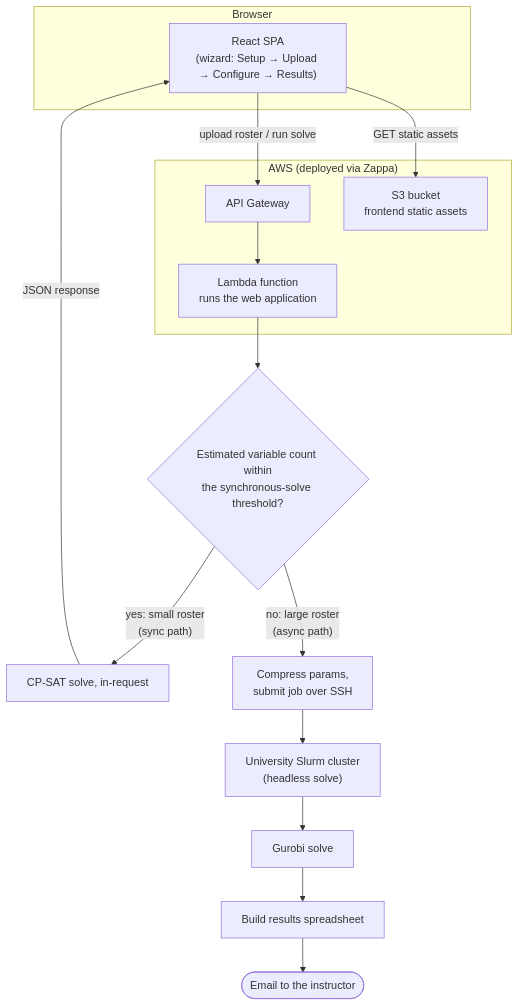
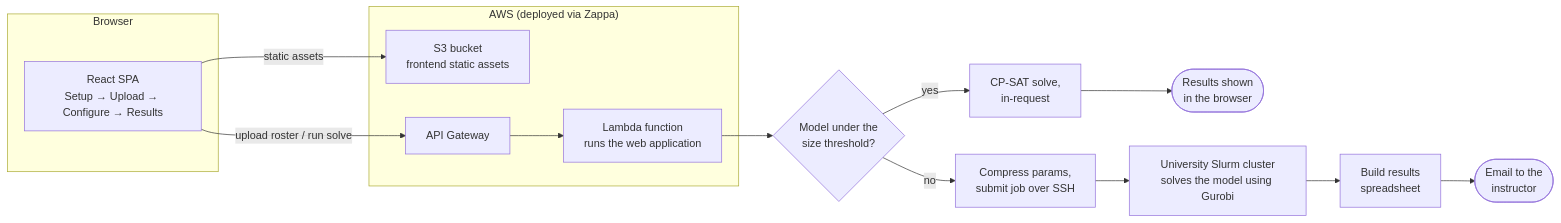
One commit to nlvargas/MATE changed the diagram in docs/TECHNICAL_OVERVIEW.md. Above: the diagram before and after it, drawn with Mermaid. The commit also changed other lines of this file and 1 other file, not shown here.

First line of the commit message:
Polish the technical overview tables and diagrams

````diff
--- a/docs/TECHNICAL_OVERVIEW.md
+++ b/docs/TECHNICAL_OVERVIEW.md
@@ -49,27 +49,26 @@
 ```mermaid
-flowchart TB
+flowchart LR
     subgraph Client["Browser"]
-        SPA["React SPA<br/>(wizard: Setup → Upload → Configure → Results)"]
+        SPA["React SPA<br/>Setup → Upload → Configure → Results"]
     end
 
     subgraph Hosting["AWS (deployed via Zappa)"]
+        S3["S3 bucket<br/>frontend static assets"]
         APIGW["API Gateway"]
         Lambda["Lambda function<br/>runs the web application"]
-        S3["S3 bucket<br/>frontend static assets"]
     end
 
-    SPA -->|"GET static assets"| S3
+    SPA -->|"static assets"| S3
     SPA -->|"upload roster / run solve"| APIGW
     APIGW --> Lambda
 
-    Lambda --> RunModel{"Estimated variable count within<br/>the synchronous-solve threshold?"}
+    Lambda --> RunModel{"Model under the<br/>size threshold?"}
 
-    RunModel -->|"yes: small roster<br/>(sync path)"| SolveSync["CP-SAT solve, in-request"]
-    SolveSync -->|"JSON response"| SPA
+    RunModel -->|"yes"| SolveSync["CP-SAT solve,<br/>in-request"]
+    SolveSync --> Show(["Results shown<br/>in the browser"])
 
-    RunModel -->|"no: large roster<br/>(async path)"| Upload["Compress params,<br/>submit job over SSH"]
-    Upload --> Cluster["University Slurm cluster<br/>(headless solve)"]
-    Cluster --> SolveAsync["Gurobi solve"]
-    SolveAsync --> Excel["Build results spreadsheet"]
-    Excel --> Email(["Email to the instructor"])
+    RunModel -->|"no"| Upload["Compress params,<br/>submit job over SSH"]
+    Upload --> Cluster["University Slurm cluster<br/>solves the model using Gurobi"]
+    Cluster --> Excel["Build results<br/>spreadsheet"]
+    Excel --> Email(["Email to the<br/>instructor"])
 ```
````
